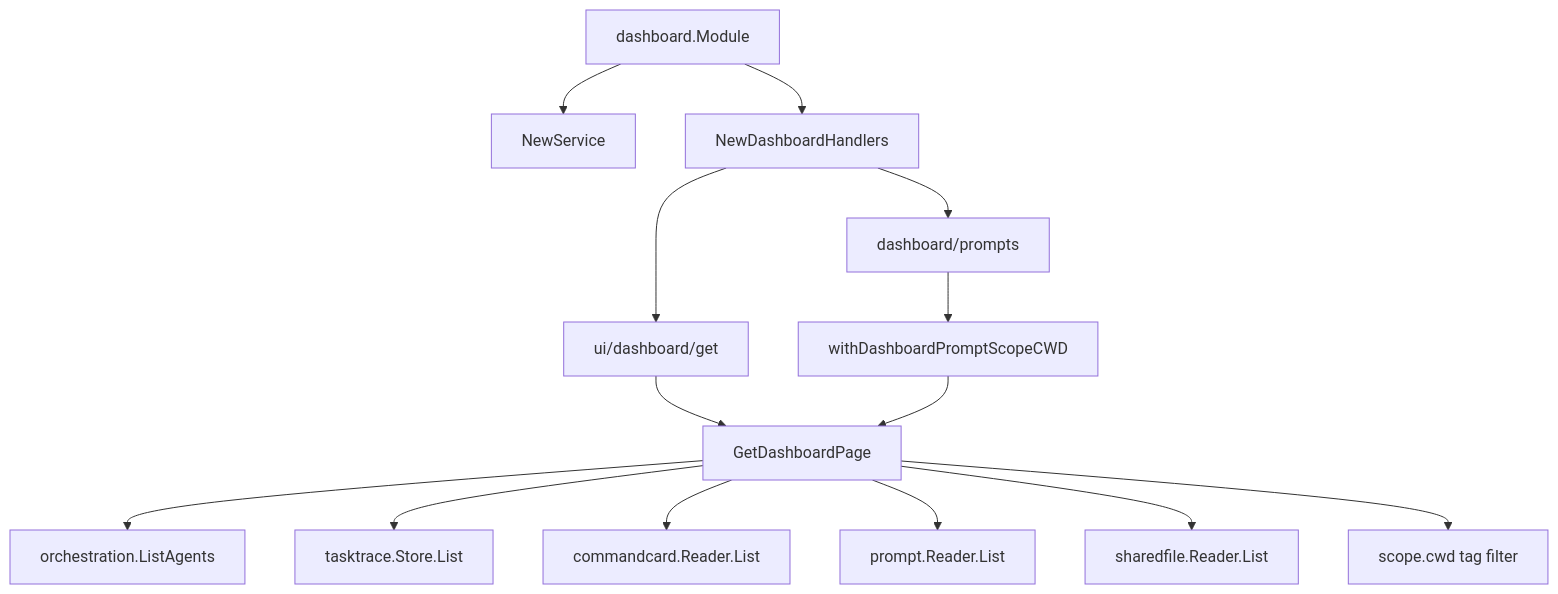
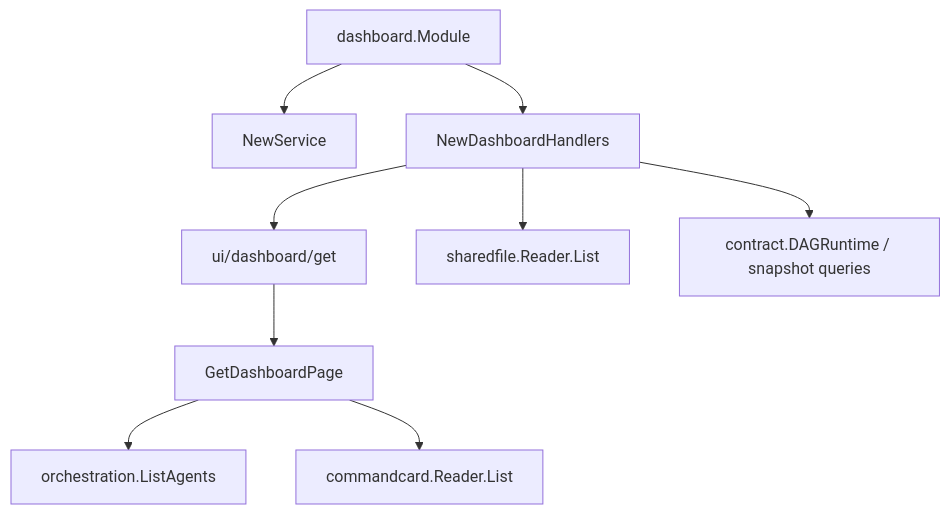
The fourth of 4 diagrams in docs/doc/codemap/07-module-read.md (lihah111222333-cloud/Super-Dolphin-Agent-Cockpit), drawn with Mermaid before and after one commit. The commit also changed other lines of this file and 257 other files, not shown here.

````diff
--- a/docs/doc/codemap/07-module-read.md
+++ b/docs/doc/codemap/07-module-read.md
@@ -196,16 +144,11 @@
 ```mermaid
 flowchart TD
     DASHMOD[dashboard.Module] --> DASHSVC[NewService]
     DASHMOD --> DASHRPC[NewDashboardHandlers]
     DASHRPC --> UIPAGE[ui/dashboard/get]
-    DASHRPC --> PROMPTSRPC[dashboard/prompts]
     UIPAGE --> PAGE[GetDashboardPage]
     PAGE --> AG[orchestration.ListAgents]
-    PAGE --> TT[tasktrace.Store.List]
     PAGE --> CC[commandcard.Reader.List]
-    PAGE --> PR[prompt.Reader.List]
-    PAGE --> SF[sharedfile.Reader.List]
-    PROMPTSRPC --> SCOPE[withDashboardPromptScopeCWD]
-    SCOPE --> PAGE
-    PAGE --> TAGFILT[scope.cwd tag filter]
+    DASHRPC --> SF[sharedfile.Reader.List]
+    DASHRPC --> DAG[contract.DAGRuntime / snapshot queries]
 ```
````
